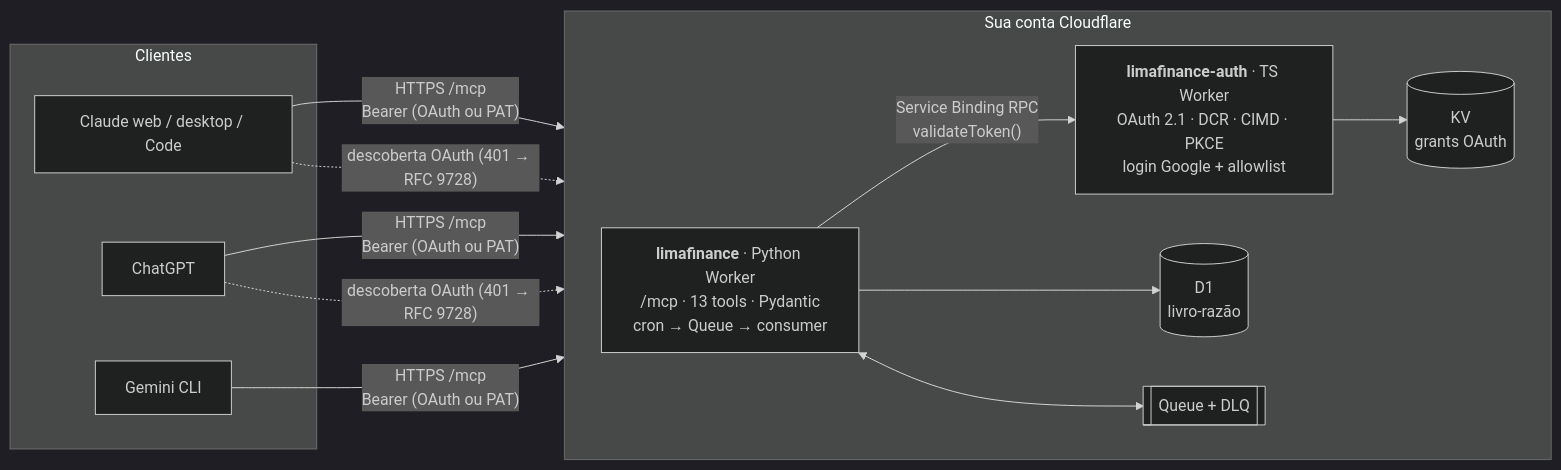
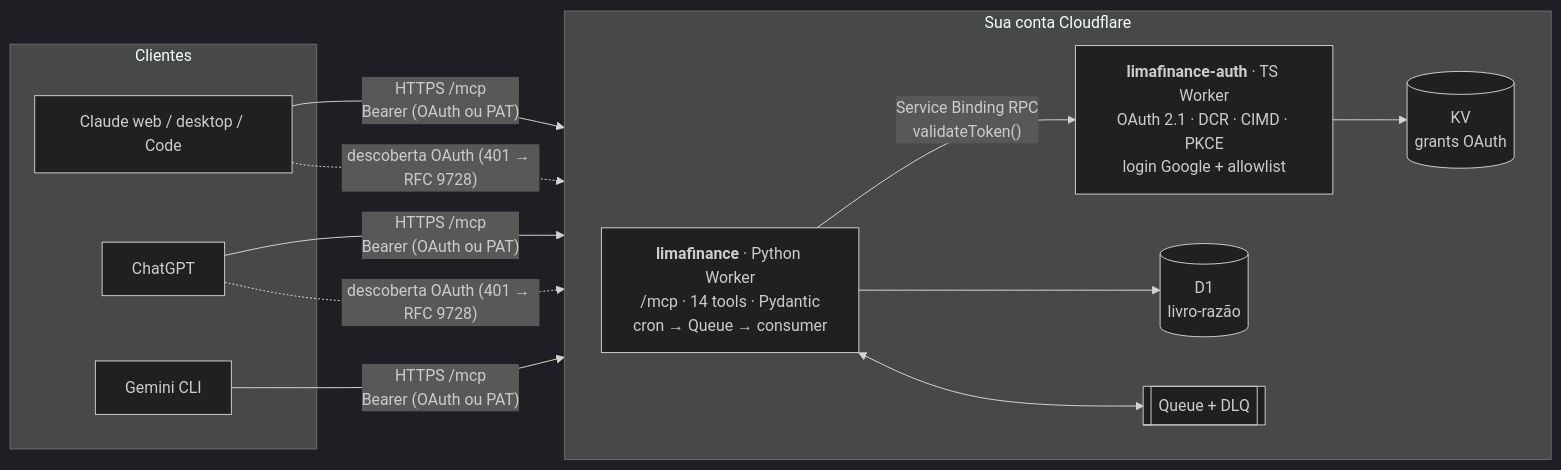
Before and after one commit to eduardopelima/LimaFinance-MCP: the diagram in README.md, drawn with Mermaid (dark theme). The commit also changed other lines of this file and 13 other files, not shown here.

````diff
--- a/README.md
+++ b/README.md
@@ -30,22 +30,22 @@
 ```mermaid
 flowchart LR
   subgraph Clientes
     C[Claude web / desktop / Code]
     G[ChatGPT]
     M[Gemini CLI]
   end
   subgraph Cloudflare["Sua conta Cloudflare"]
     direction LR
-    MCP["<b>limafinance</b> · Python Worker<br/>/mcp · 13 tools · Pydantic<br/>cron → Queue → consumer"]
+    MCP["<b>limafinance</b> · Python Worker<br/>/mcp · 14 tools · Pydantic<br/>cron → Queue → consumer"]
     AUTH["<b>limafinance-auth</b> · TS Worker<br/>OAuth 2.1 · DCR · CIMD · PKCE<br/>login Google + allowlist"]
     D1[(D1<br/>livro-razão)]
     KV[(KV<br/>grants OAuth)]
     Q[[Queue + DLQ]]
   end
   C & G & M -- "HTTPS /mcp<br/>Bearer (OAuth ou PAT)" --> MCP
   C & G -. "descoberta OAuth (401 → RFC 9728)" .-> AUTH
   MCP -- "Service Binding RPC<br/>validateToken()" --> AUTH
   MCP --> D1
   MCP <--> Q
   AUTH --> KV
 ```
````
